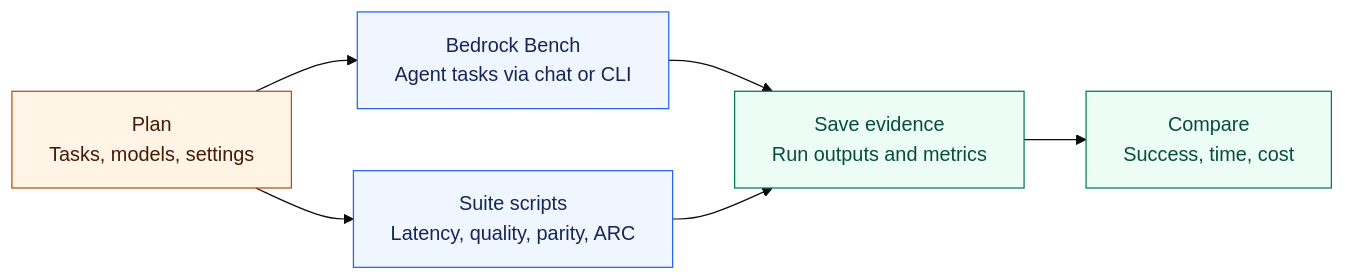
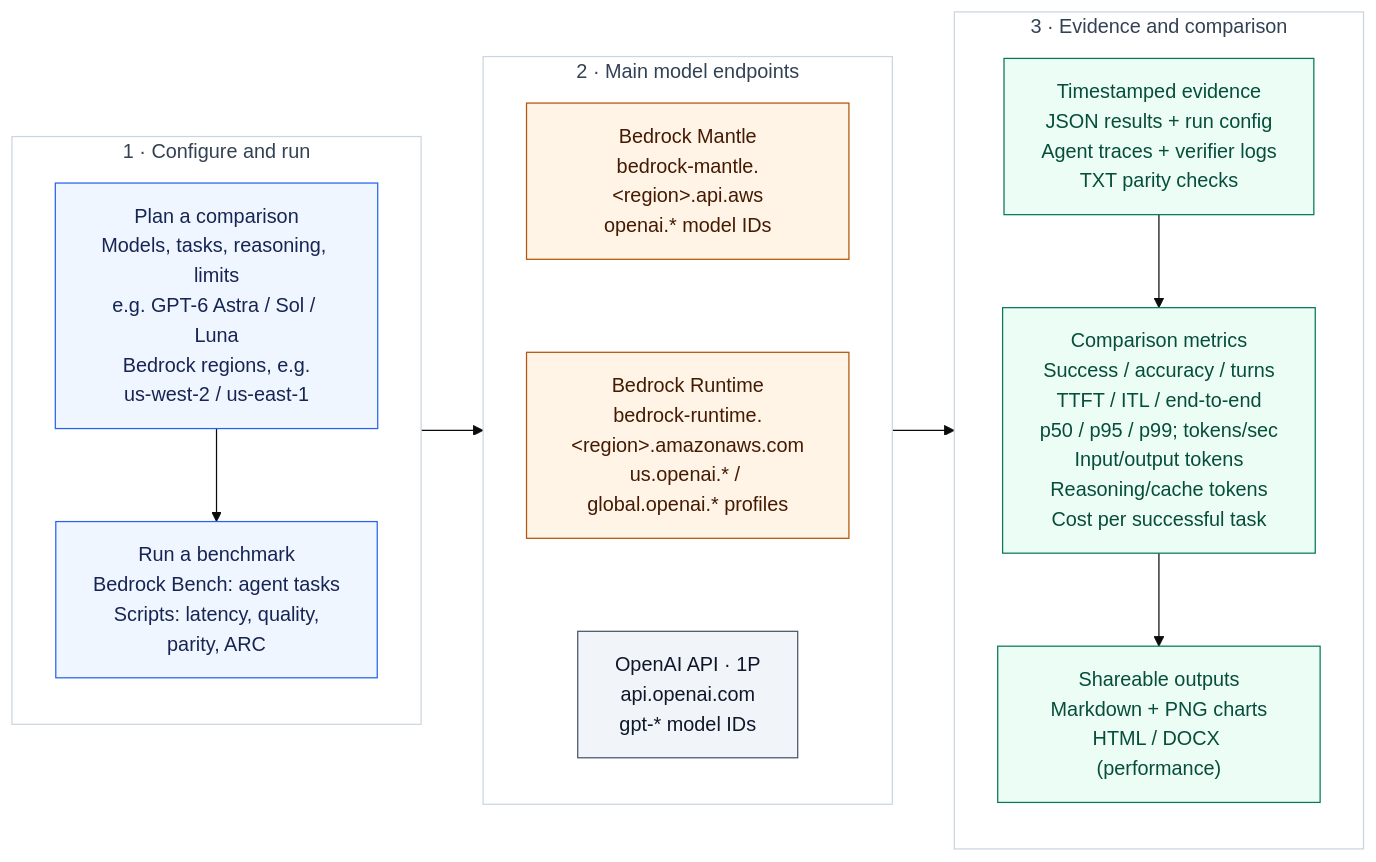
One commit to openai-on-aws/benchmarks-openai changed the diagram in README.md. Above: the diagram before and after it, drawn with Mermaid (base theme). The commit also changed other lines of this file, not shown here.

Commit message:
Expand README workflow with providers and result details

````diff
--- a/README.md
+++ b/README.md
@@ -32,21 +32,39 @@
 ```mermaid
 flowchart LR
-    plan["Plan<br/>Tasks, models, settings"]
-    agents["Bedrock Bench<br/>Agent tasks via chat or CLI"]
-    scripts["Suite scripts<br/>Latency, quality, parity, ARC"]
-    evidence["Save evidence<br/>Run outputs and metrics"]
-    compare["Compare<br/>Success, time, cost"]
+    subgraph execution["1 · Configure and run"]
+        direction TB
+        plan["Plan a comparison<br/>Models, tasks, reasoning, limits<br/>e.g. GPT-6 Astra / Sol / Luna<br/>Bedrock regions, e.g.<br/>us-west-2 / us-east-1"]
+        run["Run a benchmark<br/>Bedrock Bench: agent tasks<br/>Scripts: latency, quality,<br/>parity, ARC"]
+        plan --> run
+    end
 
-    plan --> agents
-    plan --> scripts
-    agents --> evidence
-    scripts --> evidence
-    evidence --> compare
+    subgraph endpoints["2 · Main model endpoints"]
+        direction TB
+        mantle["Bedrock Mantle<br/>bedrock-mantle.&lt;region&gt;.api.aws<br/>openai.* model IDs"]
+        runtime["Bedrock Runtime<br/>bedrock-runtime.&lt;region&gt;.amazonaws.com<br/>us.openai.* / global.openai.* profiles"]
+        openai["OpenAI API · 1P<br/>api.openai.com<br/>gpt-* model IDs"]
+        mantle ~~~ runtime ~~~ openai
+    end
 
-    classDef setup fill:#fff4e6,stroke:#b45309,color:#451a03
+    subgraph results["3 · Evidence and comparison"]
+        direction TB
+        evidence["Timestamped evidence<br/>JSON results + run config<br/>Agent traces + verifier logs<br/>TXT parity checks"]
+        metrics["Comparison metrics<br/>Success / accuracy / turns<br/>TTFT / ITL / end-to-end<br/>p50 / p95 / p99; tokens/sec<br/>Input/output tokens<br/>Reasoning/cache tokens<br/>Cost per successful task"]
+        reports["Shareable outputs<br/>Markdown + PNG charts<br/>HTML / DOCX (performance)"]
+        evidence --> metrics --> reports
+    end
+
+    execution --> endpoints --> results
+
     classDef runner fill:#eff6ff,stroke:#2563eb,color:#172554
+    classDef bedrock fill:#fff4e6,stroke:#b45309,color:#451a03
+    classDef firstparty fill:#f1f5f9,stroke:#475569,color:#0f172a
     classDef result fill:#ecfdf5,stroke:#047857,color:#064e3b
-    class plan setup
-    class agents,scripts runner
-    class evidence,compare result
+    class plan,run runner
+    class mantle,runtime bedrock
+    class openai firstparty
+    class evidence,metrics,reports result
+    style execution fill:#ffffff,stroke:#cbd5e1,color:#334155
+    style endpoints fill:#ffffff,stroke:#cbd5e1,color:#334155
+    style results fill:#ffffff,stroke:#cbd5e1,color:#334155
 ```
````
